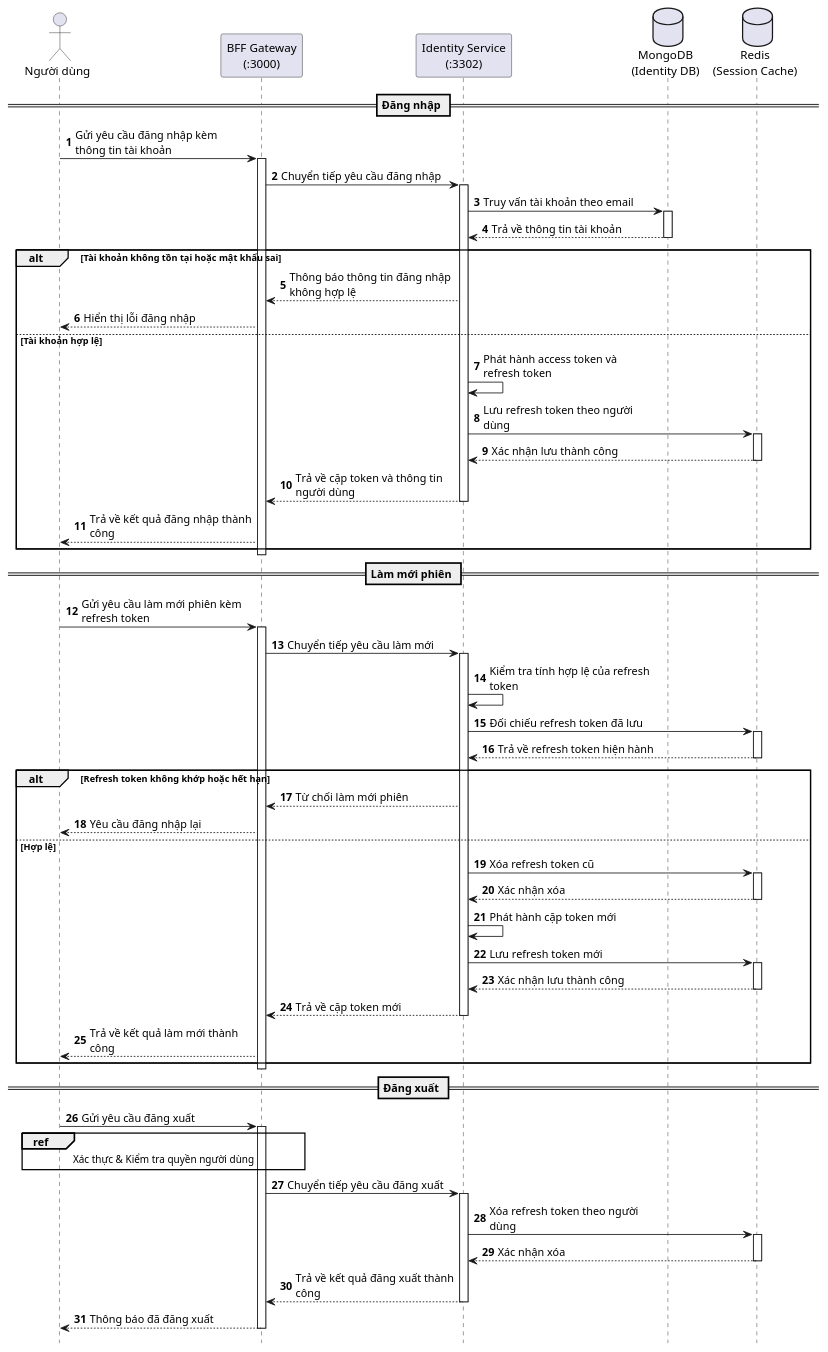
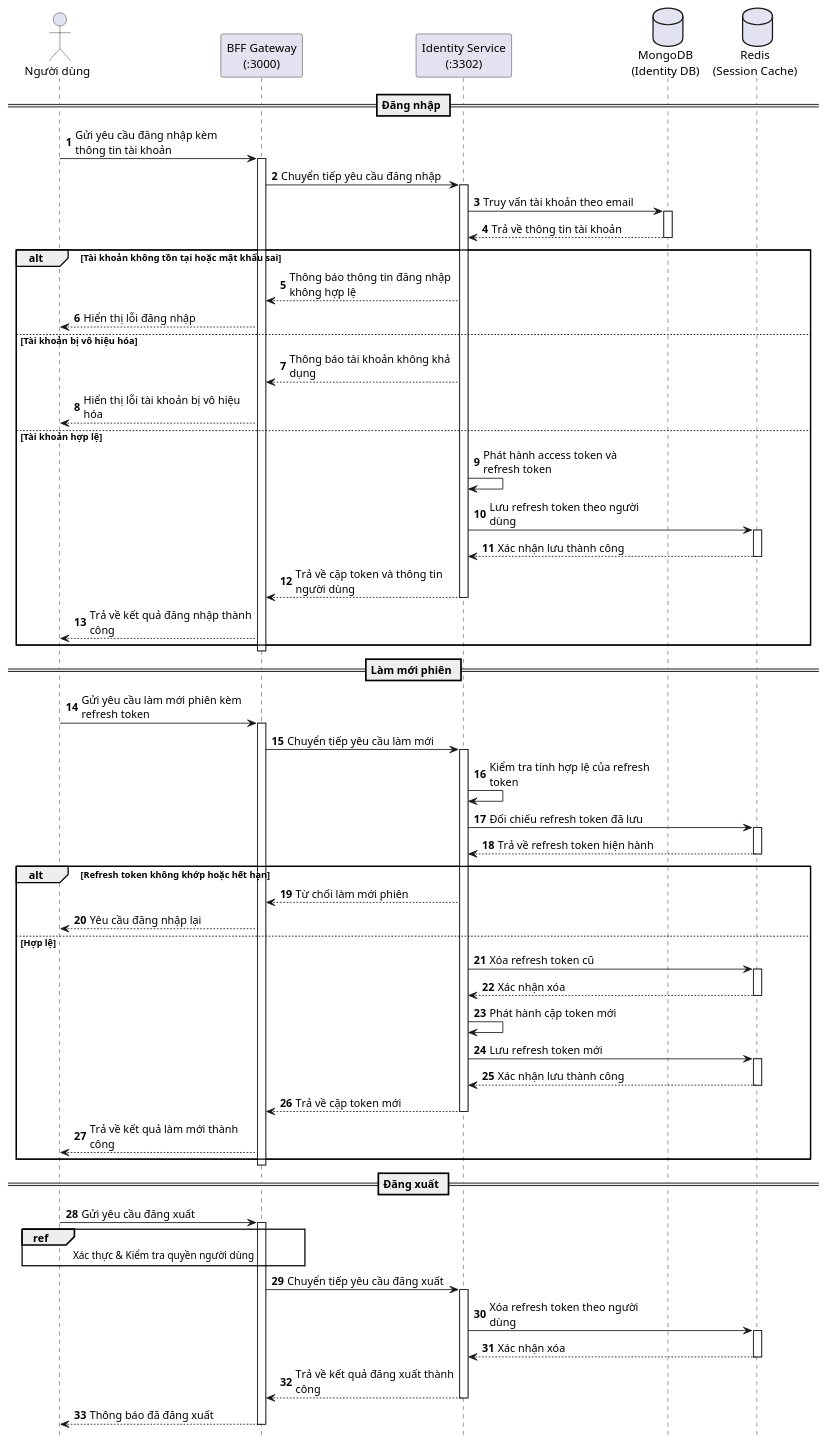
The diagram in PlantUML/Sequence/Xac-thuc-nguoi-dung.puml (Tuienn/e-voting-latex), drawn with PlantUML before and after one commit. The commit also changed 61 other files, not shown here.

```diff
--- a/PlantUML/Sequence/Xac-thuc-nguoi-dung.puml
+++ b/PlantUML/Sequence/Xac-thuc-nguoi-dung.puml
@@ -1,97 +1,100 @@
 @startuml XacThucNguoiDung
 hide footbox
 autonumber
 skinparam maxMessageSize 200
 
 actor "Người dùng" as User
 participant "BFF Gateway\n(:3000)" as BFF
 participant "Identity Service\n(:3302)" as Identity
 database "MongoDB\n(Identity DB)" as DB
 database "Redis\n(Session Cache)" as Redis
 
 == Đăng nhập ==
 
 User -> BFF: Gửi yêu cầu đăng nhập kèm thông tin tài khoản
 activate BFF
 
 BFF -> Identity: Chuyển tiếp yêu cầu đăng nhập
 activate Identity
 
 Identity -> DB: Truy vấn tài khoản theo email
 activate DB
 DB --> Identity: Trả về thông tin tài khoản
 deactivate DB
 
 alt Tài khoản không tồn tại hoặc mật khẩu sai
   Identity --> BFF: Thông báo thông tin đăng nhập không hợp lệ
   BFF --> User: Hiển thị lỗi đăng nhập
+else Tài khoản bị vô hiệu hóa
+  Identity --> BFF: Thông báo tài khoản không khả dụng
+  BFF --> User: Hiển thị lỗi tài khoản bị vô hiệu hóa
 else Tài khoản hợp lệ
   Identity -> Identity: Phát hành access token và refresh token
   Identity -> Redis: Lưu refresh token theo người dùng
   activate Redis
   Redis --> Identity: Xác nhận lưu thành công
   deactivate Redis
 
   Identity --> BFF: Trả về cặp token và thông tin người dùng
   deactivate Identity
 
   BFF --> User: Trả về kết quả đăng nhập thành công
 end
 
 deactivate BFF
 
 == Làm mới phiên ==
 
 User -> BFF: Gửi yêu cầu làm mới phiên kèm refresh token
 activate BFF
 BFF -> Identity: Chuyển tiếp yêu cầu làm mới
 activate Identity
 
 Identity -> Identity: Kiểm tra tính hợp lệ của refresh token
 Identity -> Redis: Đối chiếu refresh token đã lưu
 activate Redis
 Redis --> Identity: Trả về refresh token hiện hành
 deactivate Redis
 
 alt Refresh token không khớp hoặc hết hạn
   Identity --> BFF: Từ chối làm mới phiên
   BFF --> User: Yêu cầu đăng nhập lại
 else Hợp lệ
   Identity -> Redis: Xóa refresh token cũ
   activate Redis
   Redis --> Identity: Xác nhận xóa
   deactivate Redis
 
   Identity -> Identity: Phát hành cặp token mới
   Identity -> Redis: Lưu refresh token mới
   activate Redis
   Redis --> Identity: Xác nhận lưu thành công
   deactivate Redis
 
   Identity --> BFF: Trả về cặp token mới
   deactivate Identity
   BFF --> User: Trả về kết quả làm mới thành công
 end
 deactivate BFF
 
 == Đăng xuất ==
 
 User -> BFF: Gửi yêu cầu đăng xuất
 activate BFF
 
 ref over User, BFF : Xác thực & Kiểm tra quyền người dùng
 
 BFF -> Identity: Chuyển tiếp yêu cầu đăng xuất
 activate Identity
 
 Identity -> Redis: Xóa refresh token theo người dùng
 activate Redis
 Redis --> Identity: Xác nhận xóa
 deactivate Redis
 
 Identity --> BFF: Trả về kết quả đăng xuất thành công
 deactivate Identity
 
 BFF --> User: Thông báo đã đăng xuất
 deactivate BFF
 @enduml
```
